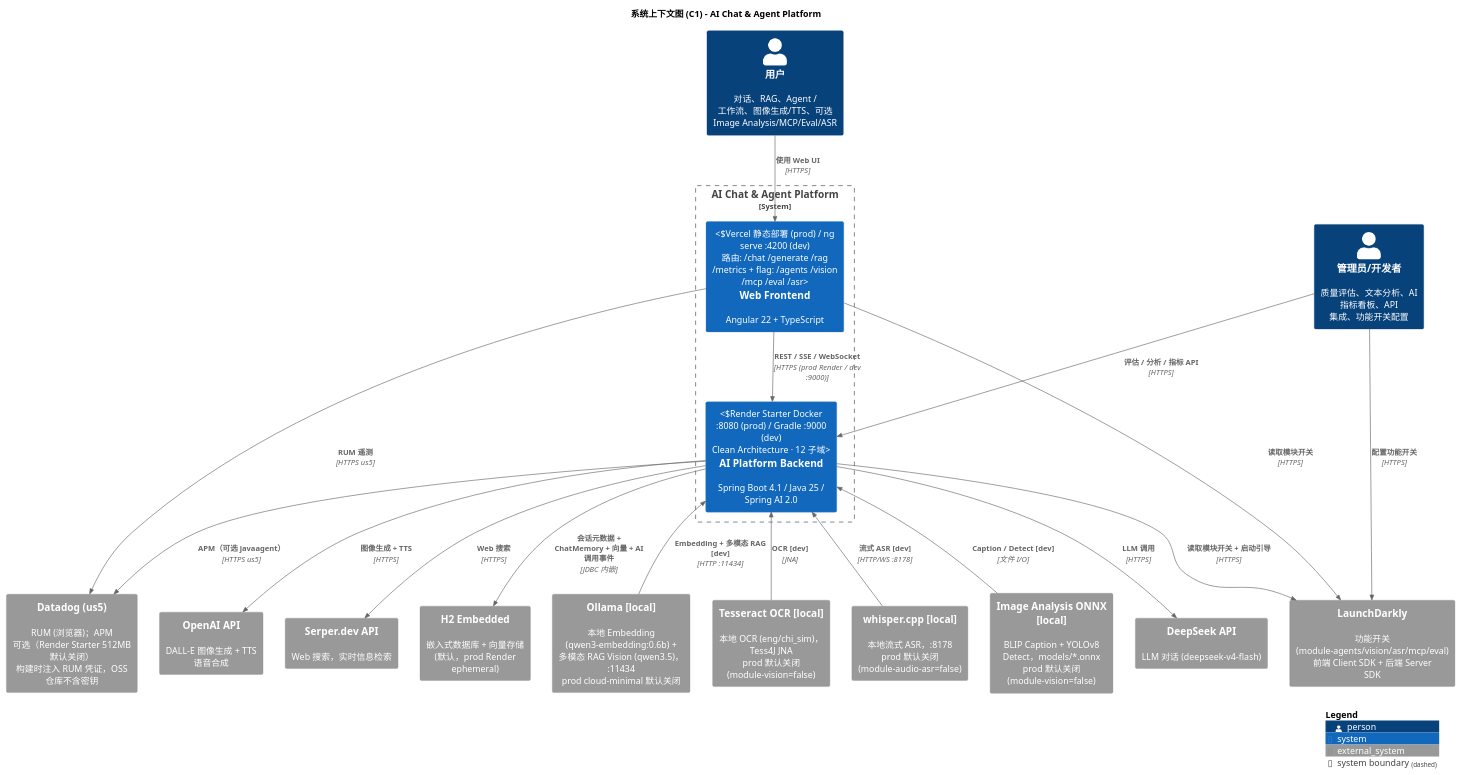
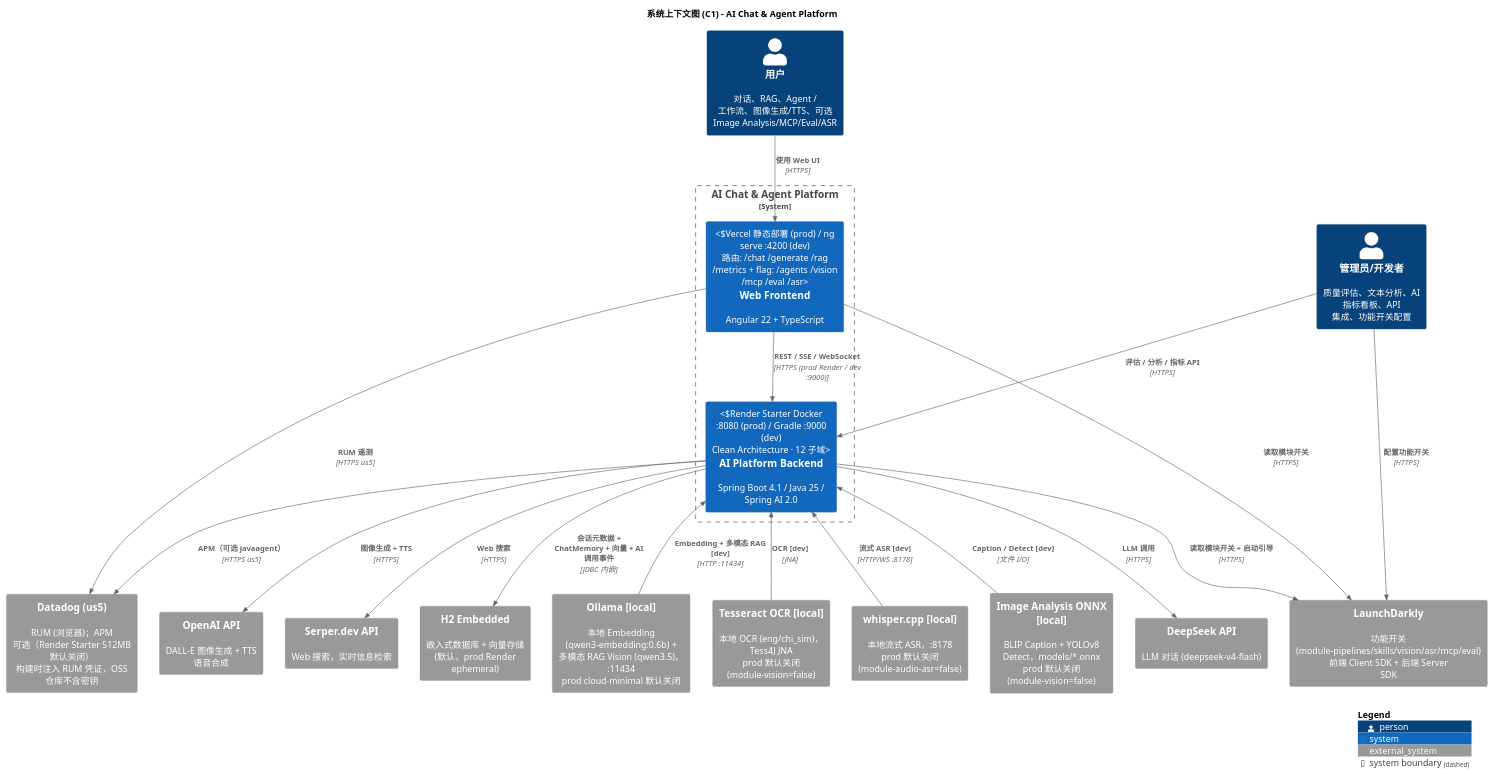
The diagram in docs/developer/c4-model/C1-Context.puml (felixzhu97/explore-ai), drawn with PlantUML before and after one commit. The commit also changed 111 other files, not shown here.

```diff
--- a/docs/developer/c4-model/C1-Context.puml
+++ b/docs/developer/c4-model/C1-Context.puml
@@ -1,68 +1,68 @@
 @startuml C1-Context
 !include https://raw.githubusercontent.com/plantuml-stdlib/C4-PlantUML/master/C4_Context.puml
 
 LAYOUT_WITH_LEGEND()
 
 title 系统上下文图 (C1) - AI Chat & Agent Platform
 
 ' ============================================================
 ' PEOPLE
 ' ============================================================
 Person(user, "用户", "对话、RAG、Agent / 工作流、图像生成/TTS、可选 Image Analysis/MCP/Eval/ASR")
 Person(admin, "管理员/开发者", "质量评估、文本分析、AI 指标看板、API 集成、功能开关配置")
 
 ' ============================================================
 ' AI Chat & Agent Platform
 ' ============================================================
 System_Boundary(ai_platform, "AI Chat & Agent Platform") {
     System(frontend, "Web Frontend", "Angular 22 + TypeScript", "Vercel 静态部署 (prod) / ng serve :4200 (dev)\n路由: /chat /generate /rag /metrics + flag: /agents /vision /mcp /eval /asr")
     System(backend, "AI Platform Backend", "Spring Boot 4.1 / Java 25 / Spring AI 2.0", "Render Starter Docker :8080 (prod) / Gradle :9000 (dev)\nClean Architecture · 12 子域")
 }
 
 ' ============================================================
 ' PLATFORM SERVICES
 ' ============================================================
-System_Ext(launchdarkly, "LaunchDarkly", "功能开关 (module-agents/vision/asr/mcp/eval)\n前端 Client SDK + 后端 Server SDK")
+System_Ext(launchdarkly, "LaunchDarkly", "功能开关 (module-pipelines/skills/vision/asr/mcp/eval)\n前端 Client SDK + 后端 Server SDK")
 System_Ext(datadog, "Datadog (us5)", "RUM (浏览器)；APM 可选（Render Starter 512MB 默认关闭）\n构建时注入 RUM 凭证，OSS 仓库不含密钥")
 
 ' ============================================================
 ' CLOUD AI SERVICES (prod + dev)
 ' ============================================================
 System_Ext(deepseek_api, "DeepSeek API", "LLM 对话 (deepseek-v4-flash)")
 System_Ext(openai_api, "OpenAI API", "DALL-E 图像生成 + TTS 语音合成")
 System_Ext(serper_api, "Serper.dev API", "Web 搜索，实时信息检索")
 
 ' ============================================================
 ' DATA & LOCAL-ONLY SERVICES (dev / optional)
 ' ============================================================
 System_Ext(h2_db, "H2 Embedded", "嵌入式数据库 + 向量存储 (默认，prod Render ephemeral)")
 System_Ext(ollama, "Ollama [local]", "本地 Embedding (qwen3-embedding:0.6b) + 多模态 RAG Vision (qwen3.5)，:11434\nprod cloud-minimal 默认关闭")
 System_Ext(tesseract, "Tesseract OCR [local]", "本地 OCR (eng/chi_sim)，Tess4J JNA\nprod 默认关闭 (module-vision=false)")
 System_Ext(whisper_cpp, "whisper.cpp [local]", "本地流式 ASR，:8178\nprod 默认关闭 (module-audio-asr=false)")
 System_Ext(onnx_vision, "Image Analysis ONNX [local]", "BLIP Caption + YOLOv8 Detect，models/*.onnx\nprod 默认关闭 (module-vision=false)")
 
 ' ============================================================
 ' RELATIONSHIPS
 ' ============================================================
 Rel(user, frontend, "使用 Web UI", "HTTPS")
 Rel(admin, launchdarkly, "配置功能开关", "HTTPS")
 Rel(admin, backend, "评估 / 分析 / 指标 API", "HTTPS")
 Rel(frontend, backend, "REST / SSE / WebSocket", "HTTPS (prod Render / dev :9000)")
 
 Rel(frontend, launchdarkly, "读取模块开关", "HTTPS")
 Rel(frontend, datadog, "RUM 遥测", "HTTPS us5")
 Rel(backend, launchdarkly, "读取模块开关 + 启动引导", "HTTPS")
 Rel(backend, datadog, "APM（可选 javaagent）", "HTTPS us5")
 
 Rel(backend, deepseek_api, "LLM 调用", "HTTPS")
 Rel(backend, openai_api, "图像生成 + TTS", "HTTPS")
 Rel(backend, serper_api, "Web 搜索", "HTTPS")
 Rel(backend, h2_db, "会话元数据 + ChatMemory + 向量 + AI 调用事件", "JDBC 内嵌")
 
 Rel_Back(backend, ollama, "Embedding + 多模态 RAG [dev]", "HTTP :11434")
 Rel_Back(backend, tesseract, "OCR [dev]", "JNA")
 Rel_Back(backend, whisper_cpp, "流式 ASR [dev]", "HTTP/WS :8178")
 Rel_Back(backend, onnx_vision, "Caption / Detect [dev]", "文件 I/O")
 
 SHOW_LEGEND()
 @enduml
```
